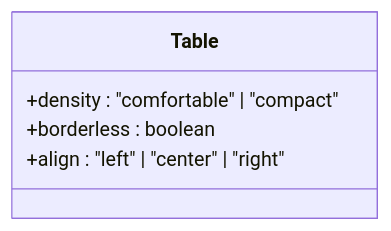
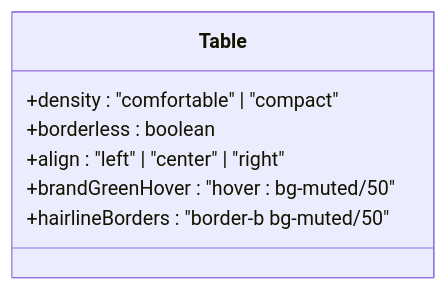
One commit to userisaziz/samaa-ai changed diagram 11 of 18 in .qoder/repowiki/en/content/Frontend Application/UI Component Library & Design System.md. Above: the diagram before and after it, drawn with Mermaid. The commit also changed other lines of this file and 108 other files, not shown here.

````diff
--- a/.qoder/repowiki/en/content/Frontend Application/UI Component Library & Design System.md
+++ b/.qoder/repowiki/en/content/Frontend Application/UI Component Library & Design System.md
@@ -431,8 +682,10 @@
 ```mermaid
 classDiagram
 class Table {
 +density : "comfortable" | "compact"
 +borderless : boolean
 +align : "left" | "center" | "right"
++brandGreenHover : "hover : bg-muted/50"
++hairlineBorders : "border-b bg-muted/50"
 }
 ```
````
